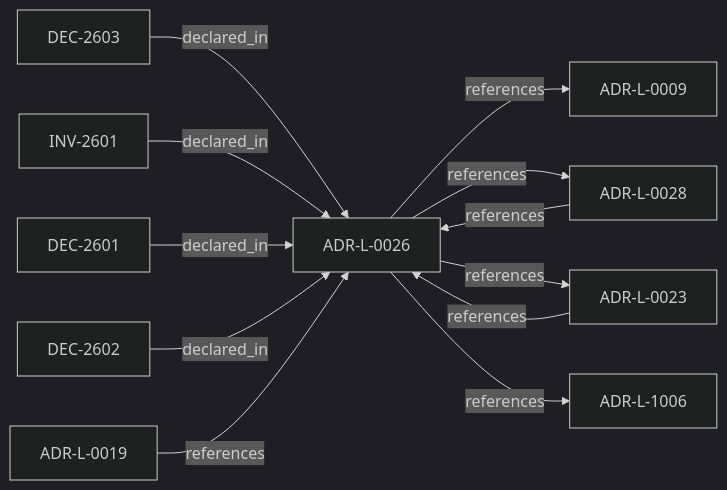
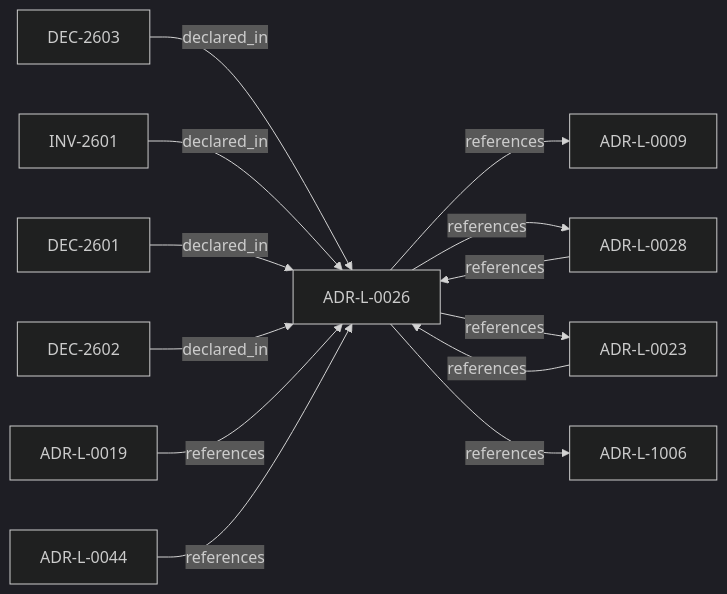
One commit to egallmann/ste-spec changed the diagram in adrs/adr-projection/logical/ADR-L-0026-invariant-conflict-detection-semantics.md. Above: the diagram before and after it, drawn with Mermaid (dark theme). The commit also changed other lines of this file and 24 other files, not shown here.

````diff
--- a/adrs/adr-projection/logical/ADR-L-0026-invariant-conflict-detection-semantics.md
+++ b/adrs/adr-projection/logical/ADR-L-0026-invariant-conflict-detection-semantics.md
@@ -41,24 +41,26 @@
 ```mermaid
 flowchart LR
   n_01a04e96_1f5a_70b0_a91f_0d25282f542c["ADR-L-0009"]
   n_01a04e96_1f5a_7af0_a138_a306f7b93157["ADR-L-0019"]
   n_01a04e96_1f5b_7486_921f_710866e2aa23["DEC-2603"]
   n_01a04e96_1f5b_7551_992f_4be395920f16["ADR-L-0028"]
   n_01a04e96_1f5b_788c_8306_d10c9fe24eaa["ADR-L-0023"]
   n_01a04e96_1f5b_78d8_823e_e464a03d787a["INV-2601"]
   n_01a04e96_1f5b_7b70_990f_a7c17a31eed4["DEC-2601"]
   n_01a04e96_1f5b_7e2a_893d_70c61ec4f8c4["DEC-2602"]
   n_01a04e96_1f5b_7f70_b03f_807ea0fe6694["ADR-L-0026"]
   n_01a04e96_1f5d_78e4_b527_64a4a9e9e2b5["ADR-L-1006"]
+  n_01a06490_5b3c_76c0_9da2_abc5d28f8970["ADR-L-0044"]
   n_01a04e96_1f5b_7486_921f_710866e2aa23 -->|"declared_in"| n_01a04e96_1f5b_7f70_b03f_807ea0fe6694
   n_01a04e96_1f5b_78d8_823e_e464a03d787a -->|"declared_in"| n_01a04e96_1f5b_7f70_b03f_807ea0fe6694
   n_01a04e96_1f5b_7b70_990f_a7c17a31eed4 -->|"declared_in"| n_01a04e96_1f5b_7f70_b03f_807ea0fe6694
   n_01a04e96_1f5b_7e2a_893d_70c61ec4f8c4 -->|"declared_in"| n_01a04e96_1f5b_7f70_b03f_807ea0fe6694
   n_01a04e96_1f5a_7af0_a138_a306f7b93157 -->|"references"| n_01a04e96_1f5b_7f70_b03f_807ea0fe6694
   n_01a04e96_1f5b_7551_992f_4be395920f16 -->|"references"| n_01a04e96_1f5b_7f70_b03f_807ea0fe6694
   n_01a04e96_1f5b_788c_8306_d10c9fe24eaa -->|"references"| n_01a04e96_1f5b_7f70_b03f_807ea0fe6694
   n_01a04e96_1f5b_7f70_b03f_807ea0fe6694 -->|"references"| n_01a04e96_1f5a_70b0_a91f_0d25282f542c
   n_01a04e96_1f5b_7f70_b03f_807ea0fe6694 -->|"references"| n_01a04e96_1f5b_7551_992f_4be395920f16
   n_01a04e96_1f5b_7f70_b03f_807ea0fe6694 -->|"references"| n_01a04e96_1f5b_788c_8306_d10c9fe24eaa
   n_01a04e96_1f5b_7f70_b03f_807ea0fe6694 -->|"references"| n_01a04e96_1f5d_78e4_b527_64a4a9e9e2b5
+  n_01a06490_5b3c_76c0_9da2_abc5d28f8970 -->|"references"| n_01a04e96_1f5b_7f70_b03f_807ea0fe6694
 ```
````
